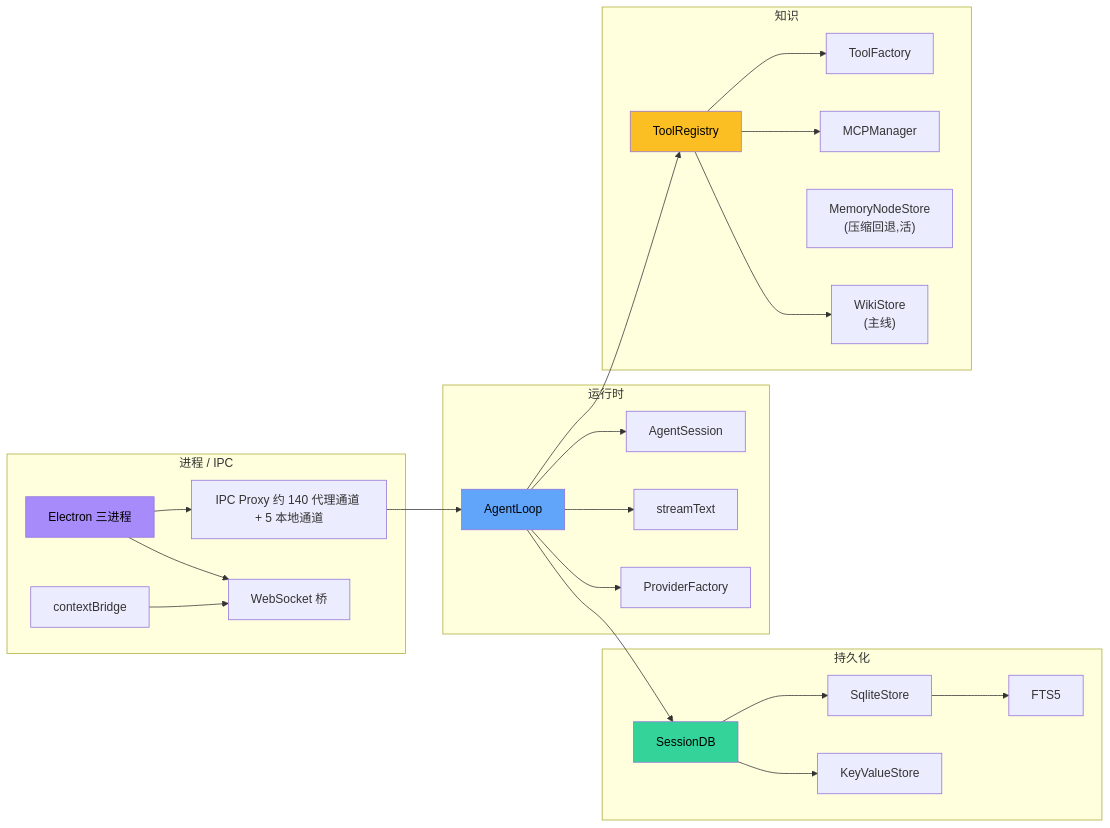
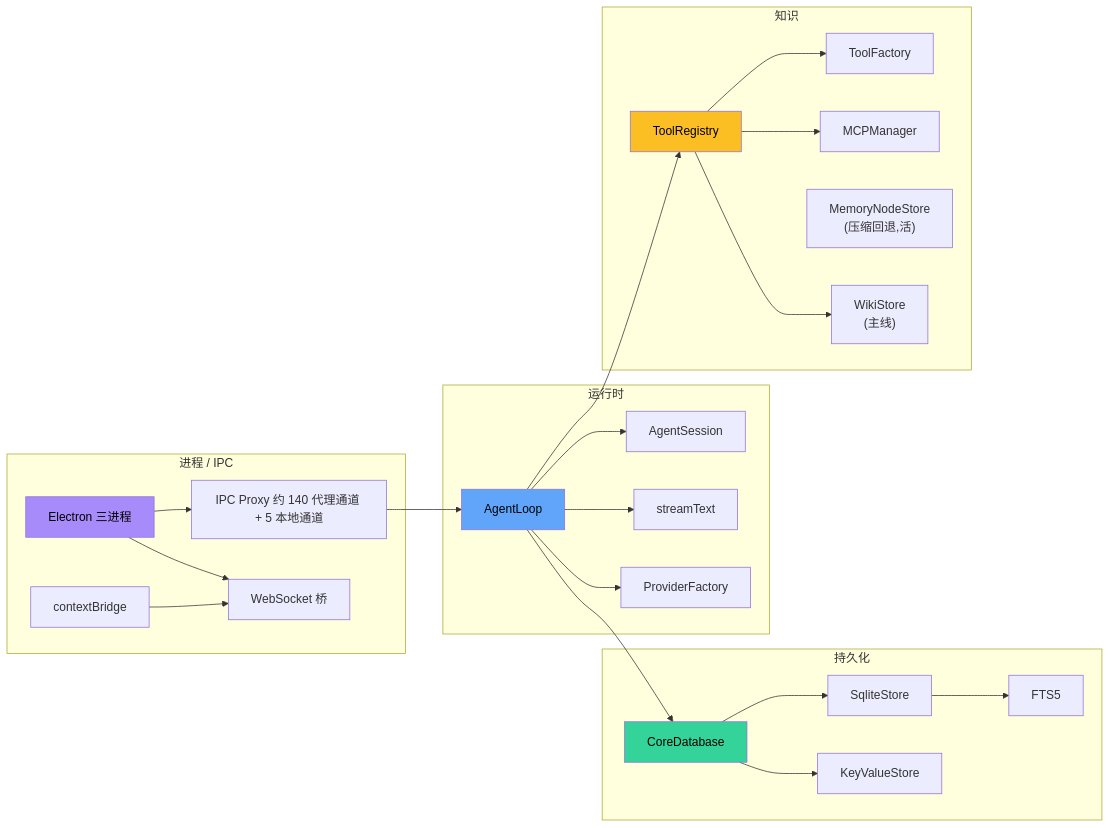
The first of 2 diagrams in docs/arch/12-glossary.md (LanicBlue/zero-core), drawn with Mermaid before and after one commit. The commit also changed other lines of this file and 165 other files, not shown here.

First line of the commit message:
feat(wiki-system-redesign): sub-00 数据库基础(sessions.db→core.db + DatabaseManager + knowledge.db 退役)

````diff
--- a/docs/arch/12-glossary.md
+++ b/docs/arch/12-glossary.md
@@ -7,52 +7,52 @@
 ```mermaid
 graph LR
     subgraph "进程 / IPC"
         P1[Electron 三进程]
         P2[IPC Proxy 约 140 代理通道 + 5 本地通道]
         P3[WebSocket 桥]
         P4[contextBridge]
     end
     P1 --> P2
     P1 --> P3
     P4 --> P3
 
     subgraph "运行时"
         R1[AgentLoop]
         R2[AgentSession]
         R3[streamText]
         R4[ProviderFactory]
         R1 --> R2
         R1 --> R3
         R1 --> R4
     end
 
     subgraph "持久化"
-        S1[SessionDB]
+        S1[CoreDatabase]
         S2[SqliteStore]
         S3[KeyValueStore]
         S4[FTS5]
         S1 --> S2
         S1 --> S3
         S2 --> S4
     end
 
     subgraph "知识"
         K1[ToolRegistry]
         K2[ToolFactory]
         K3[MCPManager]
         K4["MemoryNodeStore<br/>(压缩回退,活)"]
         K6["WikiStore<br/>(主线)"]
         K1 --> K2
         K1 --> K3
         K1 --> K6
     end
 
     P2 --> R1
     R1 --> S1
     R1 --> K1
 
     style P1 fill:#a78bfa,color:#000
     style R1 fill:#60a5fa,color:#000
     style S1 fill:#34d399,color:#000
     style K1 fill:#fbbf24,color:#000
 ```
````
